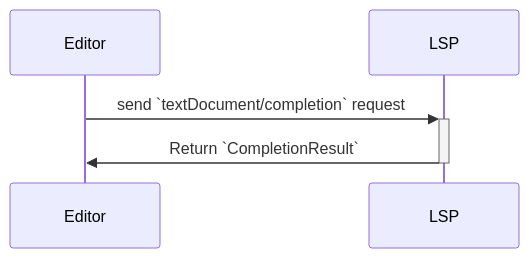
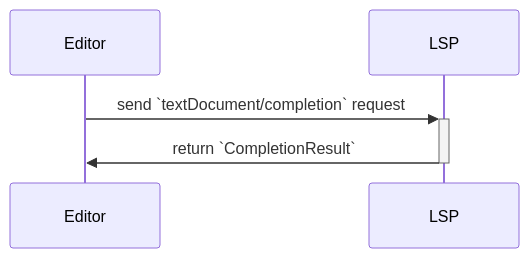
The ninth of 10 diagrams in slides.md (a-h/understanding-lsp), drawn with Mermaid before and after one commit. The commit also changed other lines of this file and 4 other files, not shown here.

````diff
--- a/slides.md
+++ b/slides.md
@@ -1146,5 +1166,5 @@
 ```mermaid
 sequenceDiagram
 	Editor->>+LSP: send `textDocument/completion` request
-	LSP->>-Editor: Return `CompletionResult`
+	LSP->>-Editor: return `CompletionResult`
 ```
````
